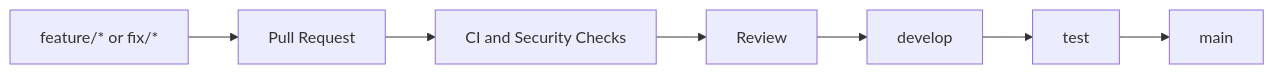
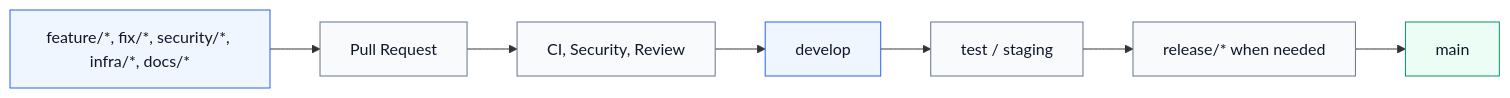
The fifth of 5 diagrams in README.md (TeQoin-Blockchain/TeQoin-l2), drawn with Mermaid before and after one commit. The commit also changed other lines of this file and 2 other files, not shown here.

Commit message:
docs(readme): polish architecture visuals

````diff
--- a/README.md
+++ b/README.md
@@ -144,9 +219,13 @@
 ```mermaid
 flowchart LR
-  feature[feature/* or fix/*] --> pr[Pull Request]
-  pr --> ci[CI and Security Checks]
-  ci --> review[Review]
-  review --> develop[develop]
-  develop --> test[test]
-  test --> main[main]
+  classDef work fill:#eff6ff,stroke:#2563eb,color:#0f172a
+  classDef gate fill:#f8fafc,stroke:#64748b,color:#0f172a
+  classDef stable fill:#ecfdf5,stroke:#059669,color:#0f172a
+
+  feature[feature/*, fix/*, security/*, infra/*, docs/*]:::work --> pr[Pull Request]:::gate
+  pr --> ci[CI, Security, Review]:::gate
+  ci --> develop[develop]:::work
+  develop --> test[test / staging]:::gate
+  test --> release[release/* when needed]:::gate
+  release --> main[main]:::stable
 ```
````
